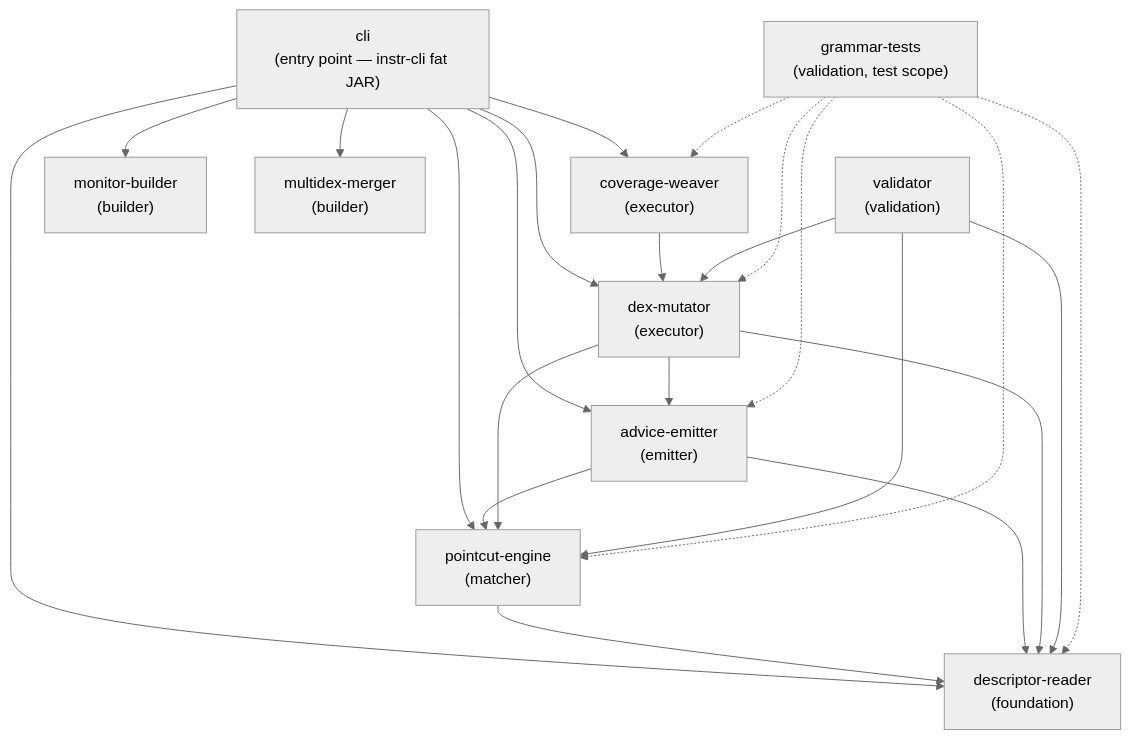
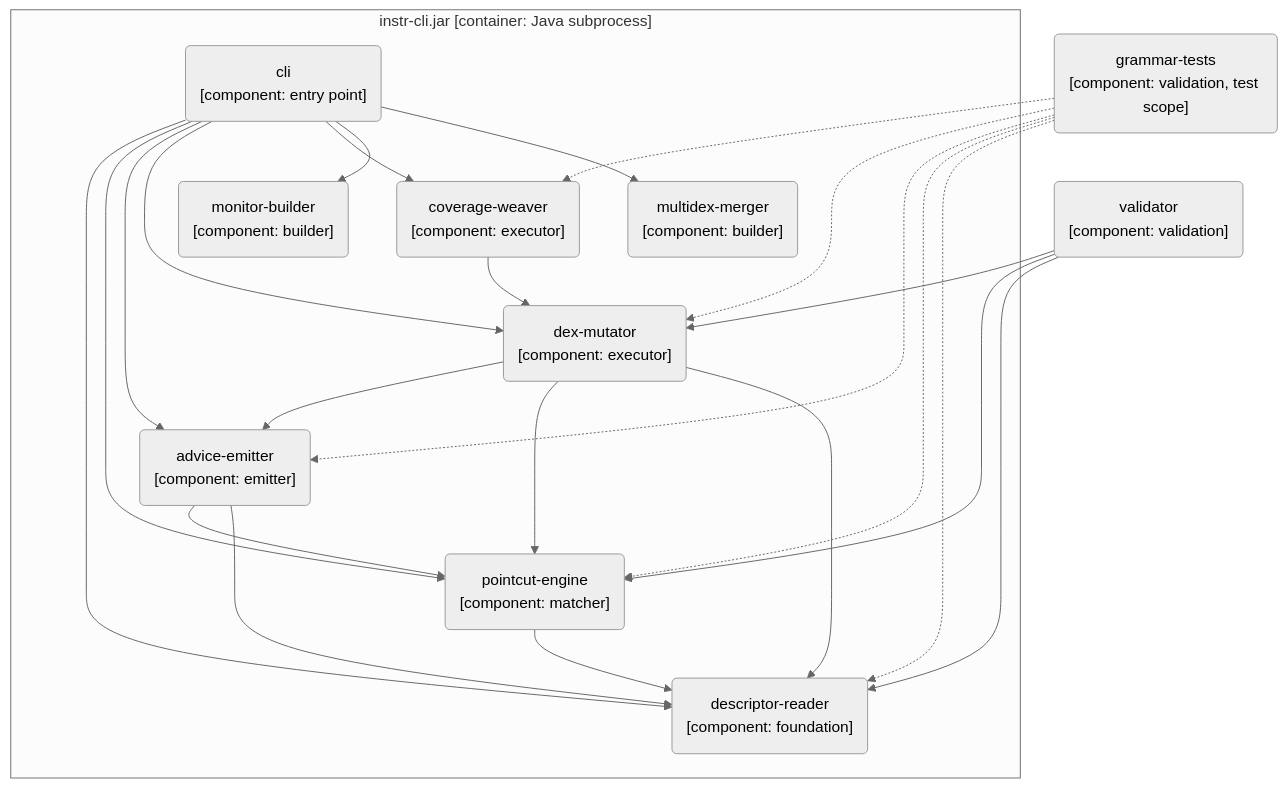
The second of 5 diagrams in rv-android/docs/architecture/instrumentation-java.md (PAMunb/rvsec), drawn with Mermaid before and after one commit. The commit also changed other lines of this file and 7 other files, not shown here.

````diff
--- a/rv-android/docs/architecture/instrumentation-java.md
+++ b/rv-android/docs/architecture/instrumentation-java.md
@@ -642,37 +655,41 @@
 ```mermaid
 %%{init: {'theme': 'neutral'}}%%
 flowchart TB
-  cli["cli<br/>(entry point — instr-cli fat JAR)"]
-  covw["coverage-weaver<br/>(executor)"]
-  dexm["dex-mutator<br/>(executor)"]
-  emit["advice-emitter<br/>(emitter)"]
-  pce["pointcut-engine<br/>(matcher)"]
-  dr["descriptor-reader<br/>(foundation)"]
-  mb["monitor-builder<br/>(builder)"]
-  mm["multidex-merger<br/>(builder)"]
-  val["validator<br/>(validation)"]
-  gt["grammar-tests<br/>(validation, test scope)"]
+  %% Source: ../rvsec/rvsec-android/rvsec-instrumentation-dexlib2/pom.xml, ../rvsec/rvsec-android/rvsec-instrumentation-dexlib2/cli/pom.xml, ../rvsec/rvsec-android/rvsec-instrumentation-dexlib2/validator/pom.xml, ../rvsec/rvsec-android/rvsec-instrumentation-dexlib2/grammar-tests/pom.xml
+  %% Omitted: third-party libraries such as smali/dexlib2, ASM and Jackson (listed in Appendix A)
+  subgraph jarbox["instr-cli.jar [container: Java subprocess]"]
+    cli("cli<br/>[component: entry point]")
+    covw("coverage-weaver<br/>[component: executor]")
+    dexm("dex-mutator<br/>[component: executor]")
+    emit("advice-emitter<br/>[component: emitter]")
+    pce("pointcut-engine<br/>[component: matcher]")
+    dr("descriptor-reader<br/>[component: foundation]")
+    mb("monitor-builder<br/>[component: builder]")
+    mm("multidex-merger<br/>[component: builder]")
+  end
+  val("validator<br/>[component: validation]")
+  gt("grammar-tests<br/>[component: validation, test scope]")
 
   cli --> dr
   cli --> pce
   cli --> emit
   cli --> dexm
   cli --> covw
   cli --> mb
   cli --> mm
   pce --> dr
   emit --> pce
   emit --> dr
   dexm --> emit
   dexm --> pce
   dexm --> dr
   covw --> dexm
   val --> dexm
   val --> pce
   val --> dr
   gt -.-> covw
   gt -.-> dexm
   gt -.-> emit
   gt -.-> pce
   gt -.-> dr
 ```
````
